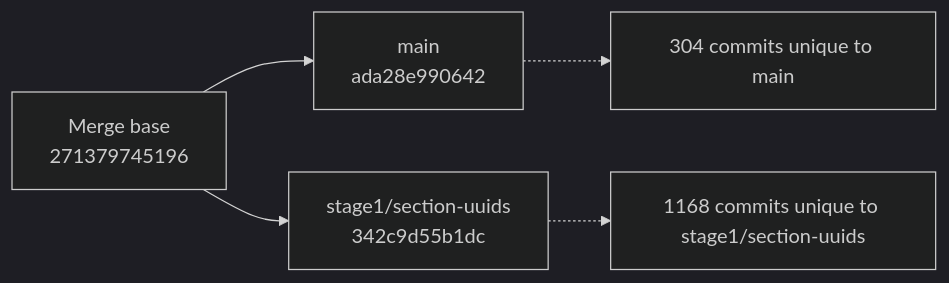
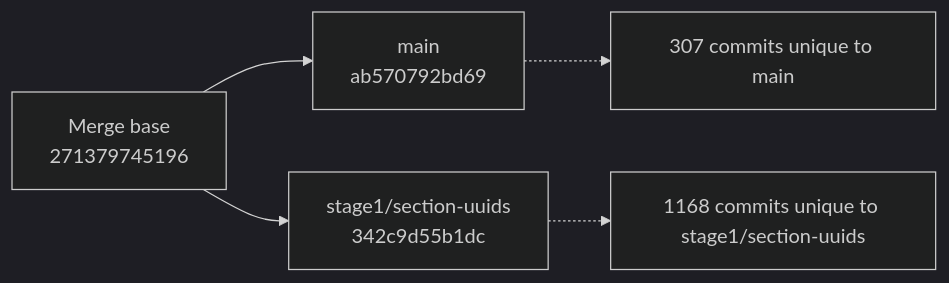
The diagram in branch-graphify-results/latest/git-lineage.mmd (snoopdock/Finite_element_analysis_project), drawn with Mermaid (dark theme) before and after one commit. The commit also changed 10 other files, not shown here.

Commit message:
Update Graphify branch analysis [skip ci]

```diff
--- a/branch-graphify-results/latest/git-lineage.mmd
+++ b/branch-graphify-results/latest/git-lineage.mmd
@@ -1,10 +1,10 @@
 flowchart LR
   MB["Merge base<br/>271379745196"]
-  B["main<br/>ada28e990642"]
+  B["main<br/>ab570792bd69"]
   C["stage1/section-uuids<br/>342c9d55b1dc"]
   MB --> B
   MB --> C
-  B_note["304 commits unique to main"]
+  B_note["307 commits unique to main"]
   C_note["1168 commits unique to stage1/section-uuids"]
   B -.-> B_note
   C -.-> C_note
```
